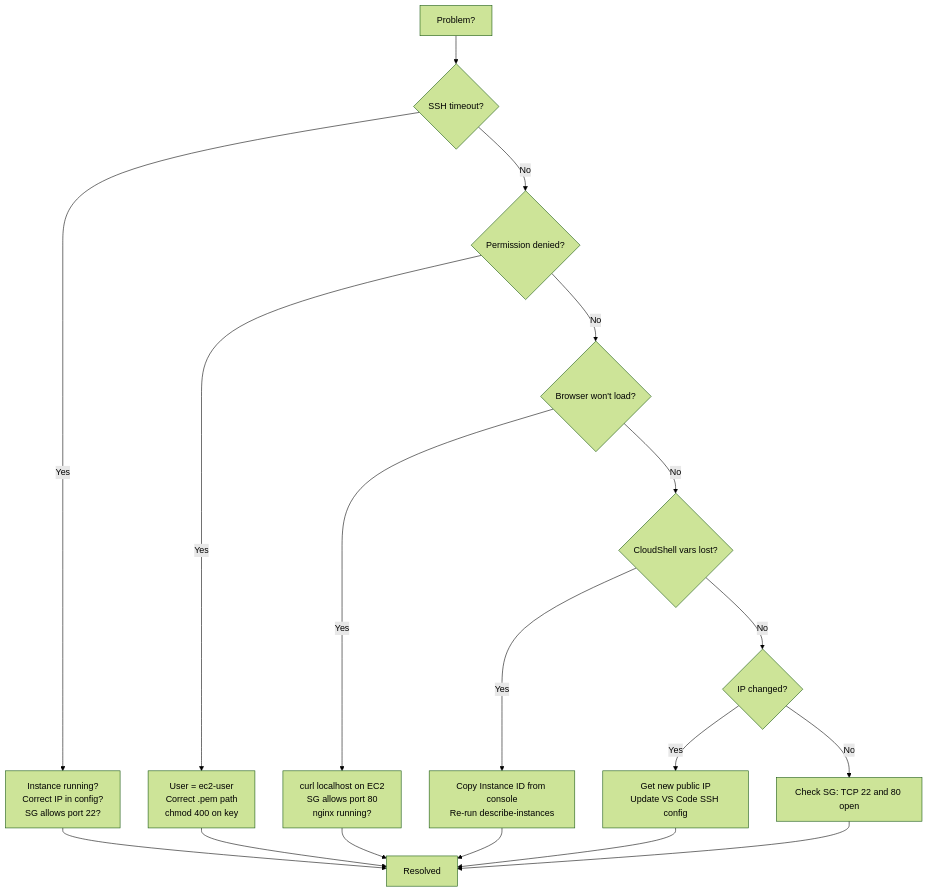
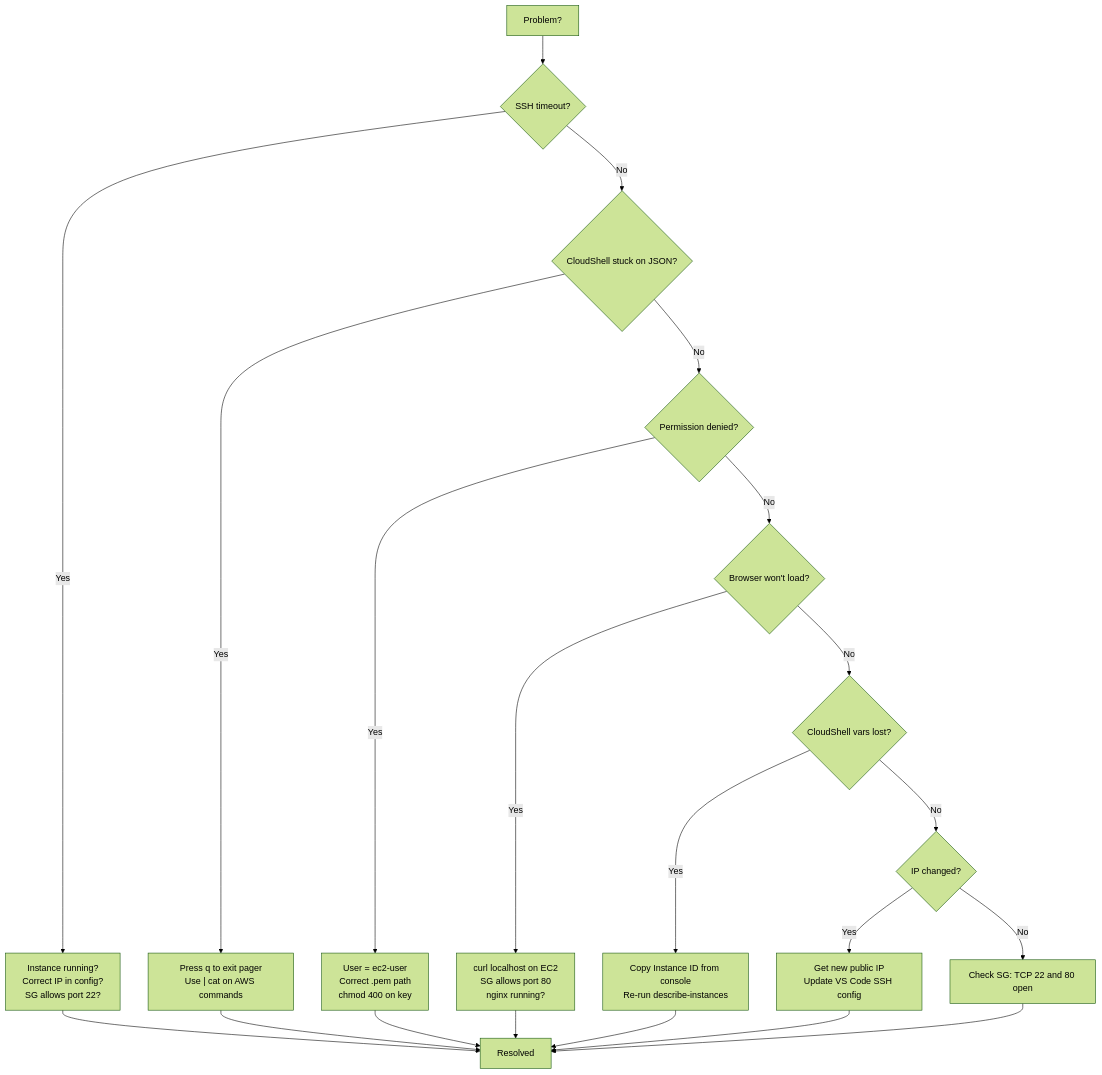
The first of 9 diagrams in gurinder_practice/lab 1.1/1.1-Instance-Setup-Guide.md (gjkaur/ai-in-cybersecurity), drawn with Mermaid (forest theme) before and after one commit. The commit also changed other lines of this file and 9 other files, not shown here.

First line of the commit message:
Update Lab 1.1 guide with tested CloudShell blocks and cleanup script

````diff
--- a/gurinder_practice/lab 1.1/1.1-Instance-Setup-Guide.md
+++ b/gurinder_practice/lab 1.1/1.1-Instance-Setup-Guide.md
@@ -268,20 +332,23 @@
 ```mermaid
 graph TD
     Start["Problem?"] --> C1{"SSH timeout?"}
     C1 -->|Yes| T1["Instance running?<br/>Correct IP in config?<br/>SG allows port 22?"]
-    C1 -->|No| C2{"Permission denied?"}
+    C1 -->|No| C0{"CloudShell stuck on JSON?"}
+    C0 -->|Yes| T0["Press q to exit pager<br/>Use | cat on AWS commands"]
+    C0 -->|No| C2{"Permission denied?"}
     C2 -->|Yes| T2["User = ec2-user<br/>Correct .pem path<br/>chmod 400 on key"]
     C2 -->|No| C3{"Browser won't load?"}
     C3 -->|Yes| T3["curl localhost on EC2<br/>SG allows port 80<br/>nginx running?"]
     C3 -->|No| C4{"CloudShell vars lost?"}
     C4 -->|Yes| T4["Copy Instance ID from console<br/>Re-run describe-instances"]
     C4 -->|No| C5{"IP changed?"}
     C5 -->|Yes| T5["Get new public IP<br/>Update VS Code SSH config"]
     C5 -->|No| T6["Check SG: TCP 22 and 80 open"]
+    T0 --> OK["Resolved"]
     T1 --> OK["Resolved"]
     T2 --> OK
     T3 --> OK
     T4 --> OK
     T5 --> OK
     T6 --> OK
 ```
````
